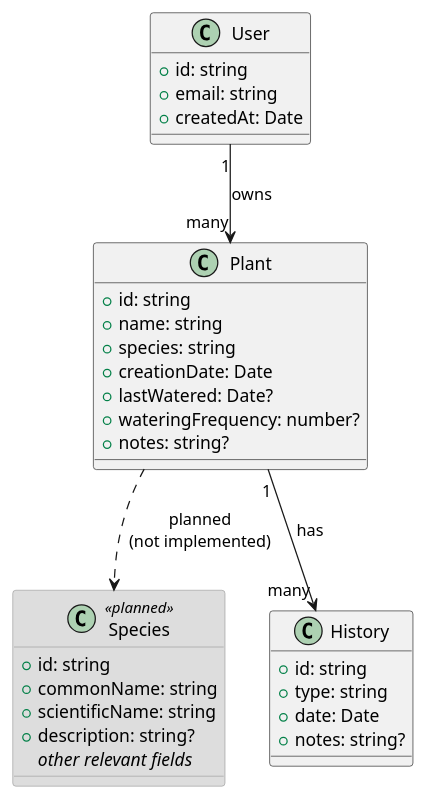
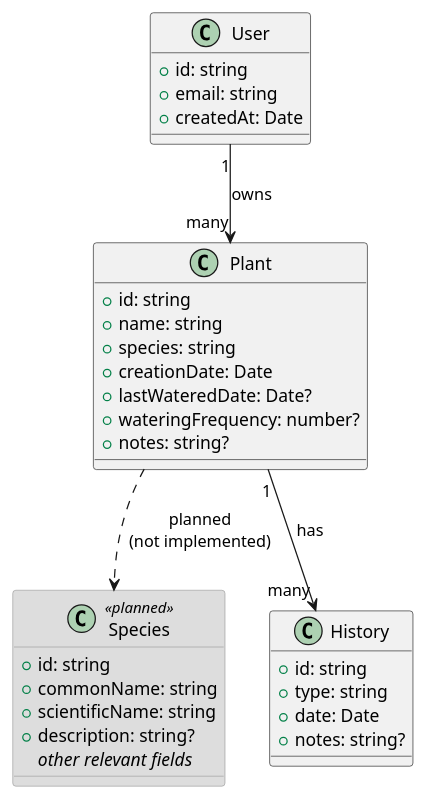
One commit to Michela-M/the-plant-project changed the diagram in docs/database/erd.plantuml. Above: the diagram before and after it, drawn with PlantUML. The commit also changed 16 other files, not shown here.

Commit message:
Rename 'lastWatered' to 'lastWateredDate' across the data model and related components for consistency

```diff
--- a/docs/database/erd.plantuml
+++ b/docs/database/erd.plantuml
@@ -1,56 +1,56 @@
 @startuml name ERD
 
 ' ============================
 ' ENTITIES
 ' ============================
 
 skinparam class {
   BackgroundColor<<planned>> #DDDDDD
   BorderColor<<planned>> #999999
 }
 
 class User {
   +id: string
   +email: string
   +createdAt: Date
 }
 
 class Plant {
   +id: string
   +name: string
   +species: string
   +creationDate: Date
-  +lastWatered: Date?
+  +lastWateredDate: Date?
   +wateringFrequency: number?
   +notes: string?
 }
 
 class Species <<planned>> {
   +id: string
   +commonName: string
   +scientificName: string
   +description: string?
   //other relevant fields//
 }
 
 class History {
   +id: string
   +type: string
   +date: Date
   +notes: string?
 }
 
 ' ============================
 ' RELATIONSHIPS (CURRENT)
 ' ============================
 
 User "1" --> "many" Plant : owns
 Plant "1" --> "many" History : has
 
 ' ============================
 ' FUTURE RELATIONSHIPS (PLANNED)
 ' ============================
 
 Plant ..> Species : planned\n(not implemented)
 
 @enduml
```
